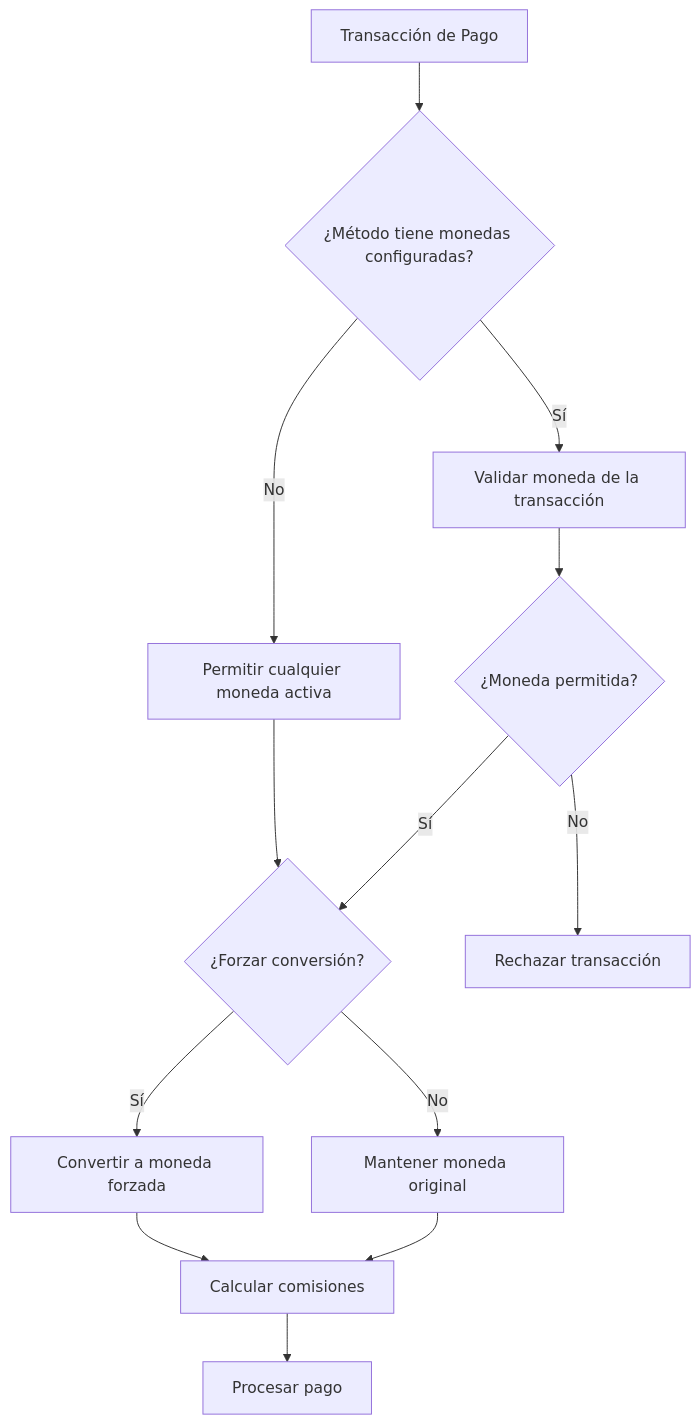
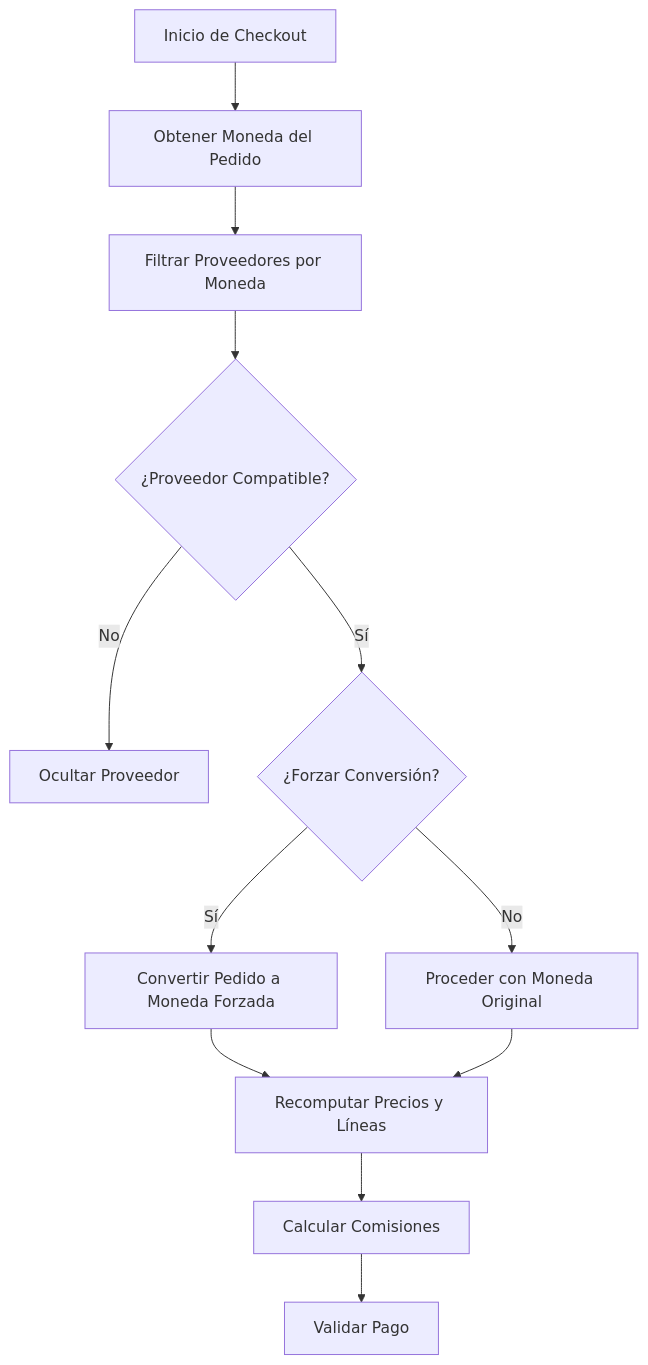
Before and after one commit to palbina/payment_currency: the diagram in README.md, drawn with Mermaid. The commit also changed other lines of this file, not shown here.

````diff
--- a/README.md
+++ b/README.md
@@ -78,15 +106,14 @@
 ```mermaid
 graph TD
-    A[Transacción de Pago] --> B{¿Método tiene monedas configuradas?}
-    B -->|Sí| C[Validar moneda de la transacción]
-    B -->|No| D[Permitir cualquier moneda activa]
-    C --> E{¿Moneda permitida?}
-    D --> F{¿Forzar conversión?}
-    E -->|Sí| F
-    E -->|No| G[Rechazar transacción]
-    F -->|Sí| H[Convertir a moneda forzada]
-    F -->|No| I[Mantener moneda original]
-    H --> J[Calcular comisiones]
-    I --> J
-    J --> K[Procesar pago]
+    A[Inicio de Checkout] --> B[Obtener Moneda del Pedido]
+    B --> C[Filtrar Proveedores por Moneda]
+    C --> D{¿Proveedor Compatible?}
+    D -->|No| E[Ocultar Proveedor]
+    D -->|Sí| F{¿Forzar Conversión?}
+    F -->|Sí| G[Convertir Pedido a Moneda Forzada]
+    F -->|No| H[Proceder con Moneda Original]
+    G --> I[Recomputar Precios y Líneas]
+    H --> I
+    I --> J[Calcular Comisiones]
+    J --> K[Validar Pago]
 ```
````
